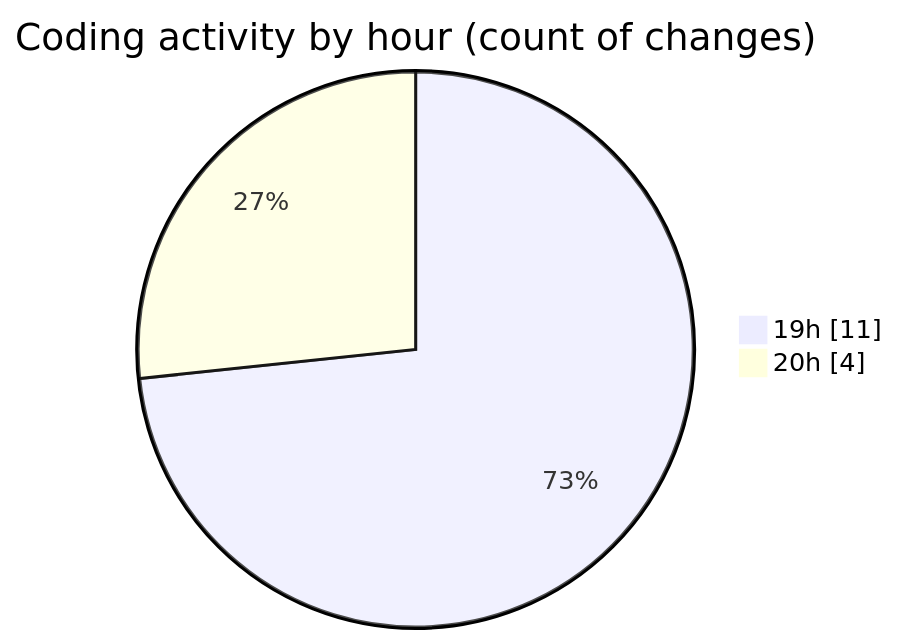
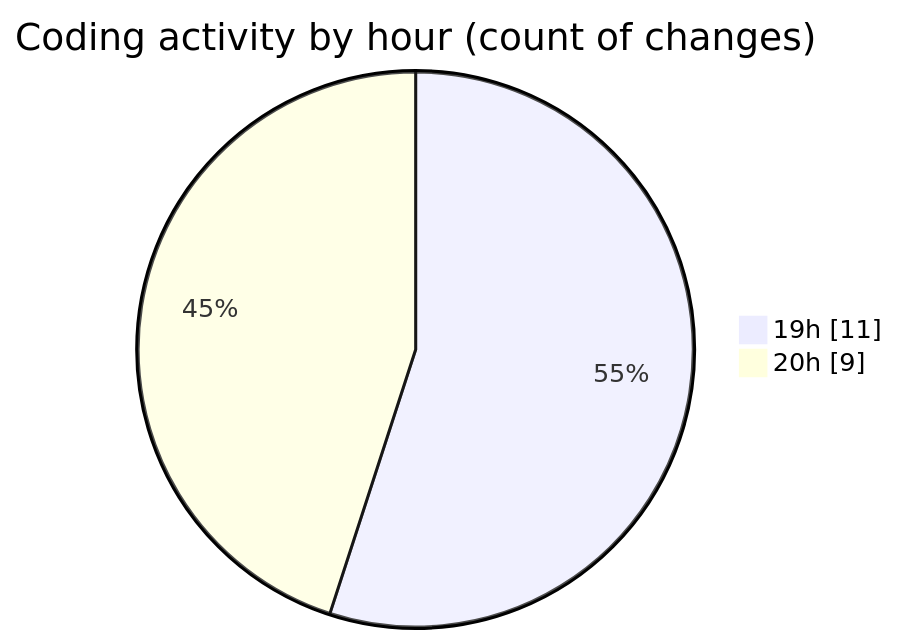
Before and after one commit to Netris89/code-tracking: the second of 2 diagrams in 2025-04-03/back-end/README.md, drawn with Mermaid. The commit also changed other lines of this file and 1 other file, not shown here.

````diff
--- a/2025-04-03/back-end/README.md
+++ b/2025-04-03/back-end/README.md
@@ -30,6 +30,6 @@
 ```mermaid
 pie showData
 title Coding activity by hour (count of changes)
 "19h" : 11
-"20h" : 4
+"20h" : 9
 ```
````
